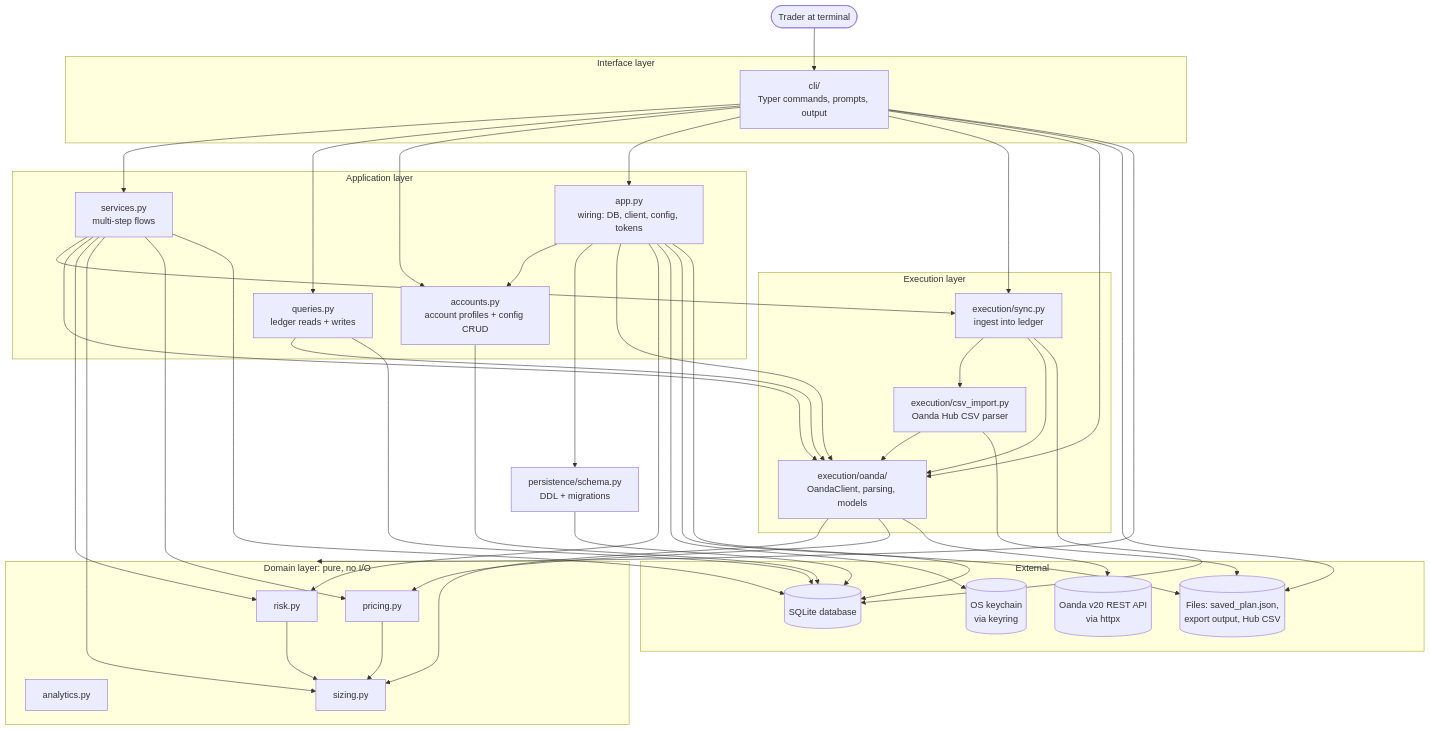
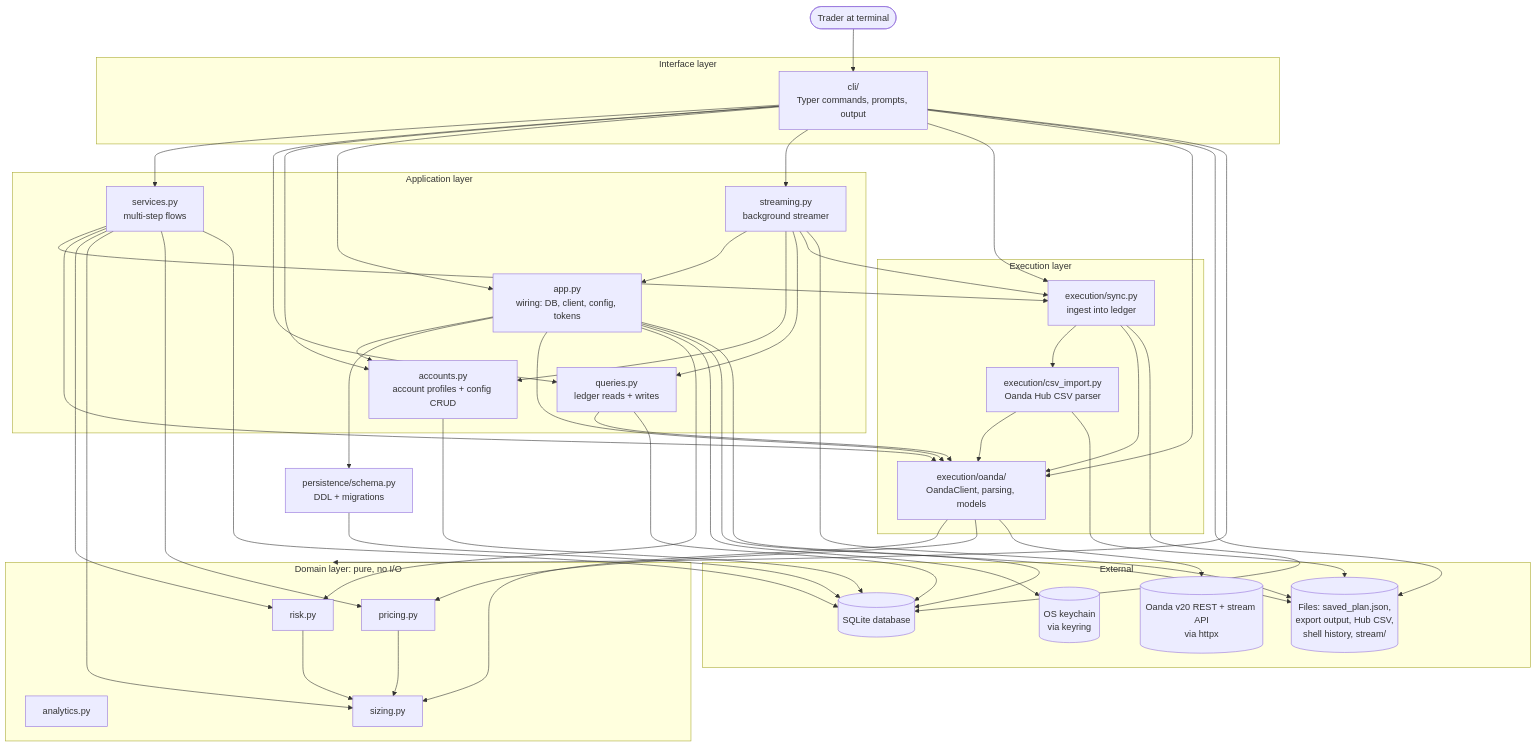
One commit to RagBillySandstone/frmj changed the first of 7 diagrams in docs/architecture.md. Above: the diagram before and after it, drawn with Mermaid. The commit also changed other lines of this file and 2 other files, not shown here.

First line of the commit message:
docs: describe live transaction streaming in frmj shell

````diff
--- a/docs/architecture.md
+++ b/docs/architecture.md
@@ -36,58 +38,60 @@
 ```mermaid
 flowchart TB
     user([Trader at terminal])
 
     subgraph CLI["Interface layer"]
         cli["cli/<br/>Typer commands, prompts, output"]
     end
 
     subgraph APP["Application layer"]
         services["services.py<br/>multi-step flows"]
         queries["queries.py<br/>ledger reads + writes"]
         accounts["accounts.py<br/>account profiles + config CRUD"]
         app["app.py<br/>wiring: DB, client, config, tokens"]
+        streaming["streaming.py<br/>background streamer"]
     end
 
     subgraph EXEC["Execution layer"]
         sync["execution/sync.py<br/>ingest into ledger"]
         csvimp["execution/csv_import.py<br/>Oanda Hub CSV parser"]
         oanda["execution/oanda/<br/>OandaClient, parsing, models"]
     end
 
     subgraph DOMAIN["Domain layer: pure, no I/O"]
         risk["risk.py"]
         pricing["pricing.py"]
         analytics["analytics.py"]
         sizing["sizing.py"]
     end
 
     persistence["persistence/schema.py<br/>DDL + migrations"]
 
     subgraph EXT["External"]
-        api[("Oanda v20 REST API<br/>via httpx")]
+        api[("Oanda v20 REST + stream API<br/>via httpx")]
         db[("SQLite database")]
         keychain[("OS keychain<br/>via keyring")]
-        files[("Files: saved_plan.json,<br/>export output, Hub CSV")]
+        files[("Files: saved_plan.json,<br/>export output, Hub CSV,<br/>shell history, stream/")]
     end
 
     user --> cli
-    cli --> services & queries & accounts & app
+    cli --> services & queries & accounts & app & streaming
     cli --> sync & oanda
     cli --> DOMAIN
 
     services --> sync & oanda
     services --> risk & sizing & pricing
     queries --> oanda
     app --> accounts & persistence & oanda & risk
+    streaming --> app & accounts & queries & sync
 
     sync --> csvimp & oanda
     csvimp --> oanda
     oanda --> sizing & pricing
     risk --> sizing
     pricing --> sizing
 
     oanda --> api
     app --> keychain
-    app & cli & csvimp --> files
+    app & cli & csvimp & streaming --> files
     persistence & app & accounts & sync & services & queries --> db
 ```
````
